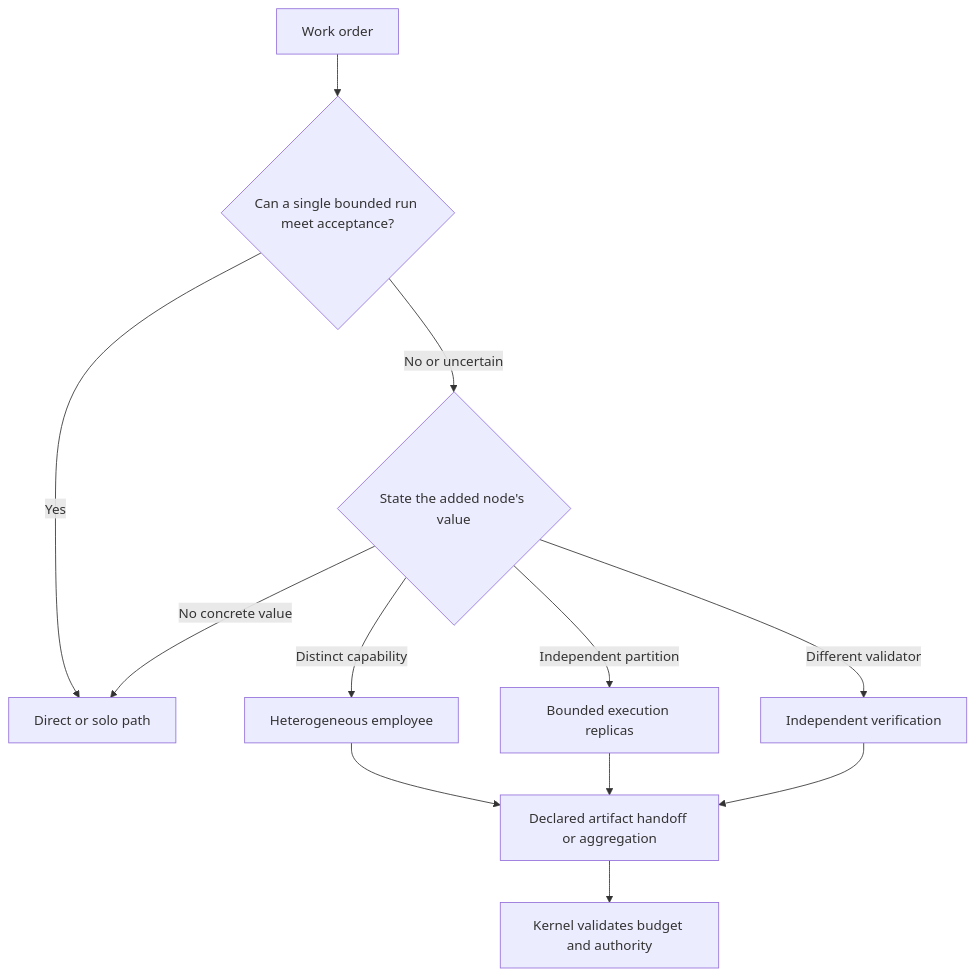
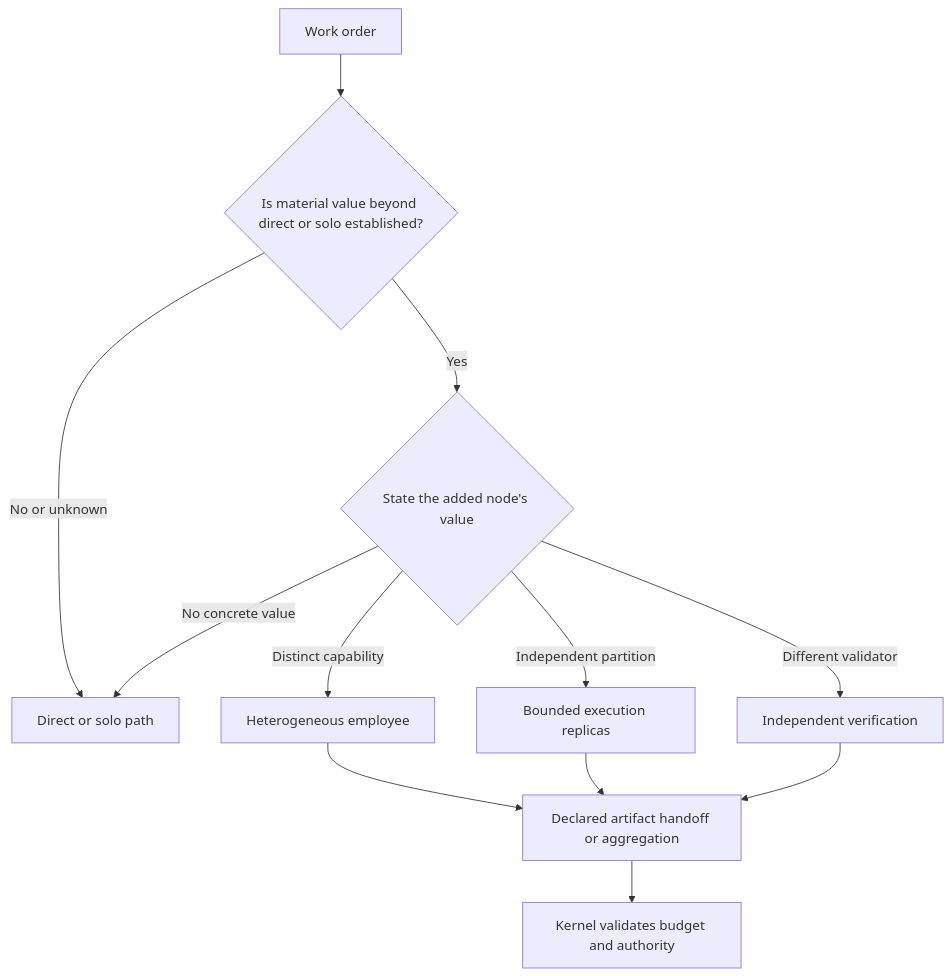
The second of 3 diagrams in docs/en/04-graph-and-firm-engineering.md (j6t22t4gy4-spec/noruct), drawn with Mermaid before and after one commit. The commit also changed other lines of this file and 20 other files, not shown here.

````diff
--- a/docs/en/04-graph-and-firm-engineering.md
+++ b/docs/en/04-graph-and-firm-engineering.md
@@ -39,14 +39,14 @@
 ```mermaid
 flowchart TD
-  W["Work order"] --> Q{"Can a single bounded run meet acceptance?"}
-  Q -->|"Yes"| S["Direct or solo path"]
-  Q -->|"No or uncertain"| D{"State the added node's value"}
+  W["Work order"] --> Q{"Is material value beyond direct or solo established?"}
+  Q -->|"No or unknown"| S["Direct or solo path"]
+  Q -->|"Yes"| D{"State the added node's value"}
   D -->|"Distinct capability"| T["Heterogeneous employee"]
   D -->|"Independent partition"| P["Bounded execution replicas"]
   D -->|"Different validator"| V["Independent verification"]
   D -->|"No concrete value"| S
   T --> A["Declared artifact handoff or aggregation"]
   P --> A
   V --> A
   A --> K["Kernel validates budget and authority"]
 ```
````
